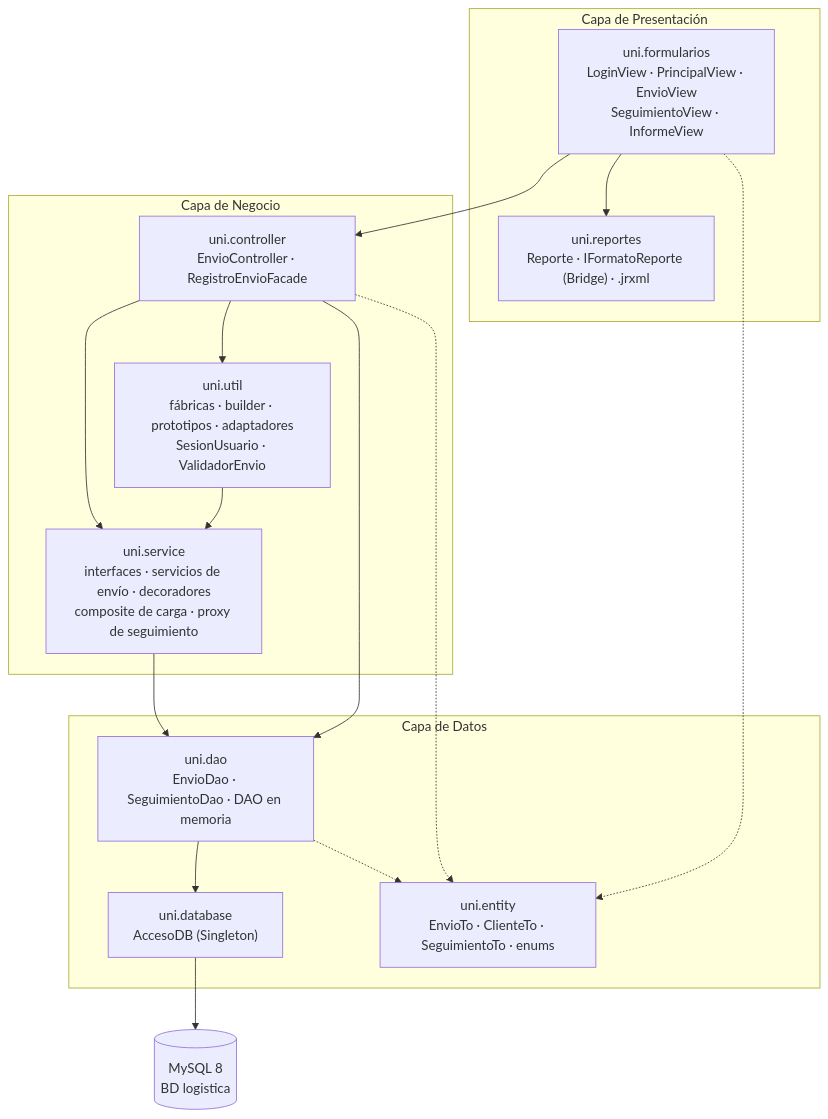
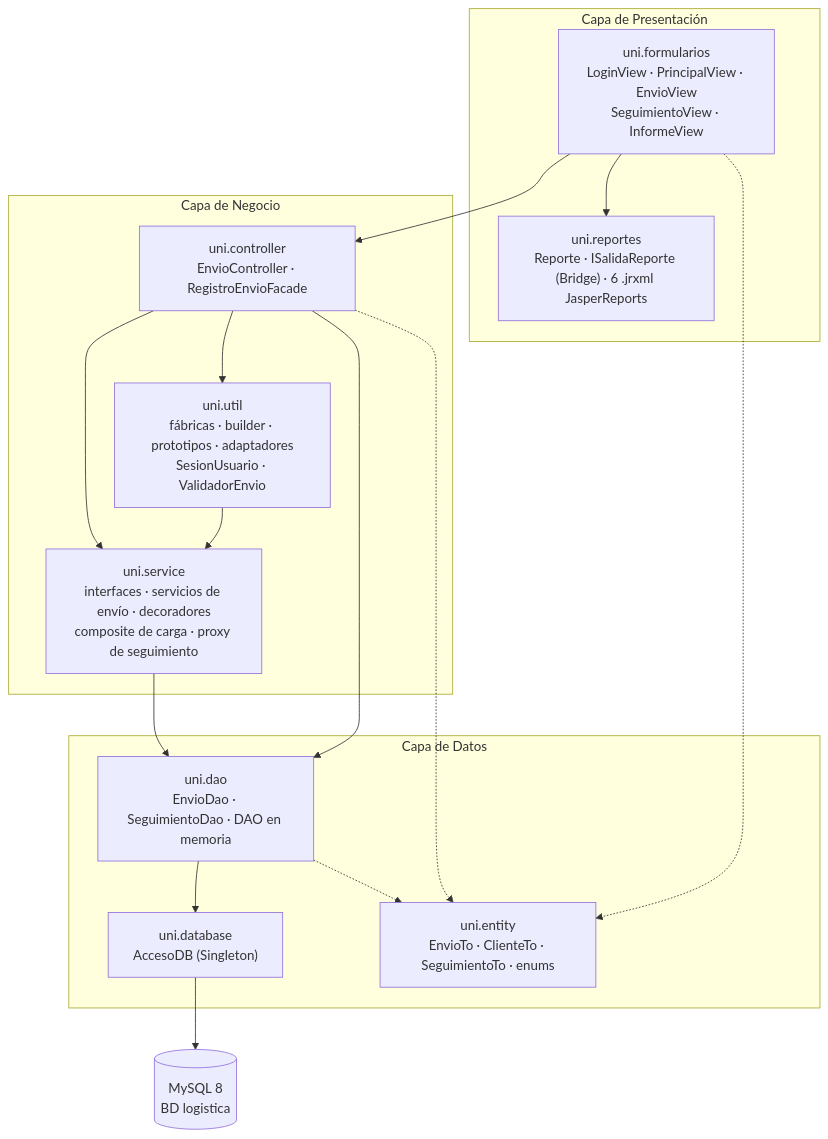
The fourth of 33 diagrams in docs/diagramas_uml.md (alexandra585/PlataformaLogistica_Patrones), drawn with Mermaid before and after one commit. The commit also changed other lines of this file and 322 other files, not shown here.

Commit message:
Semana 13: Command y Memento en la nomina del empleado, reportes JasperReports y estructura igual a AppEmpresa

````diff
--- a/docs/diagramas_uml.md
+++ b/docs/diagramas_uml.md
@@ -98,30 +100,30 @@
 ```mermaid
 flowchart TB
     subgraph P["Capa de Presentación"]
         F["uni.formularios<br/>LoginView · PrincipalView · EnvioView<br/>SeguimientoView · InformeView"]
-        RE["uni.reportes<br/>Reporte · IFormatoReporte (Bridge) · .jrxml"]
+        RE["uni.reportes<br/>Reporte · ISalidaReporte (Bridge) · 6 .jrxml JasperReports"]
     end
     subgraph N["Capa de Negocio"]
         C["uni.controller<br/>EnvioController · RegistroEnvioFacade"]
         S["uni.service<br/>interfaces · servicios de envío · decoradores<br/>composite de carga · proxy de seguimiento"]
         U["uni.util<br/>fábricas · builder · prototipos · adaptadores<br/>SesionUsuario · ValidadorEnvio"]
     end
     subgraph D["Capa de Datos"]
         DAO["uni.dao<br/>EnvioDao · SeguimientoDao · DAO en memoria"]
         DB["uni.database<br/>AccesoDB (Singleton)"]
         E["uni.entity<br/>EnvioTo · ClienteTo · SeguimientoTo · enums"]
     end
     MYSQL[("MySQL 8<br/>BD logistica")]
     F --> C
     F --> RE
     C --> S
     C --> U
     U --> S
     S --> DAO
     C --> DAO
     DAO --> DB
     DB --> MYSQL
     F -.-> E
     C -.-> E
     DAO -.-> E
 ```
````
